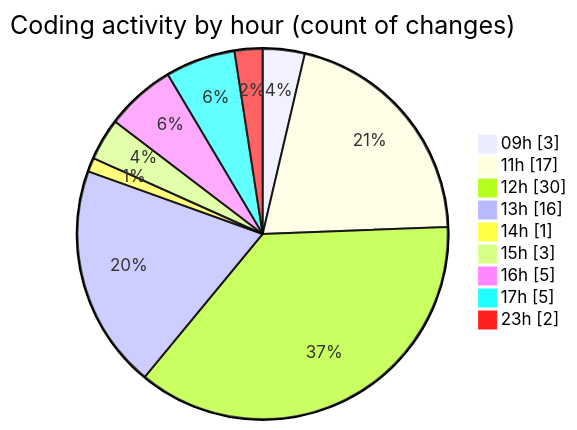
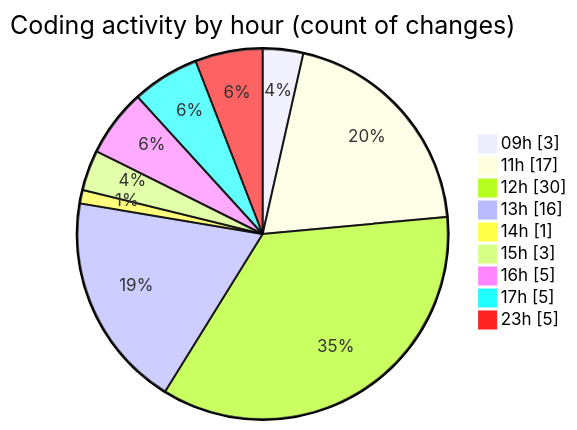
The second of 2 diagrams in 2025-10-15/eventscop-api-guide__workspace_/README.md (julien-gomy/code-tracking), drawn with Mermaid before and after one commit. The commit also changed other lines of this file and 1 other file, not shown here.

````diff
--- a/2025-10-15/eventscop-api-guide__workspace_/README.md
+++ b/2025-10-15/eventscop-api-guide__workspace_/README.md
@@ -42,13 +43,13 @@
 ```mermaid
 pie showData
 title Coding activity by hour (count of changes)
 "09h" : 3
 "11h" : 17
 "12h" : 30
 "13h" : 16
 "14h" : 1
 "15h" : 3
 "16h" : 5
 "17h" : 5
-"23h" : 2
+"23h" : 5
 ```
````
